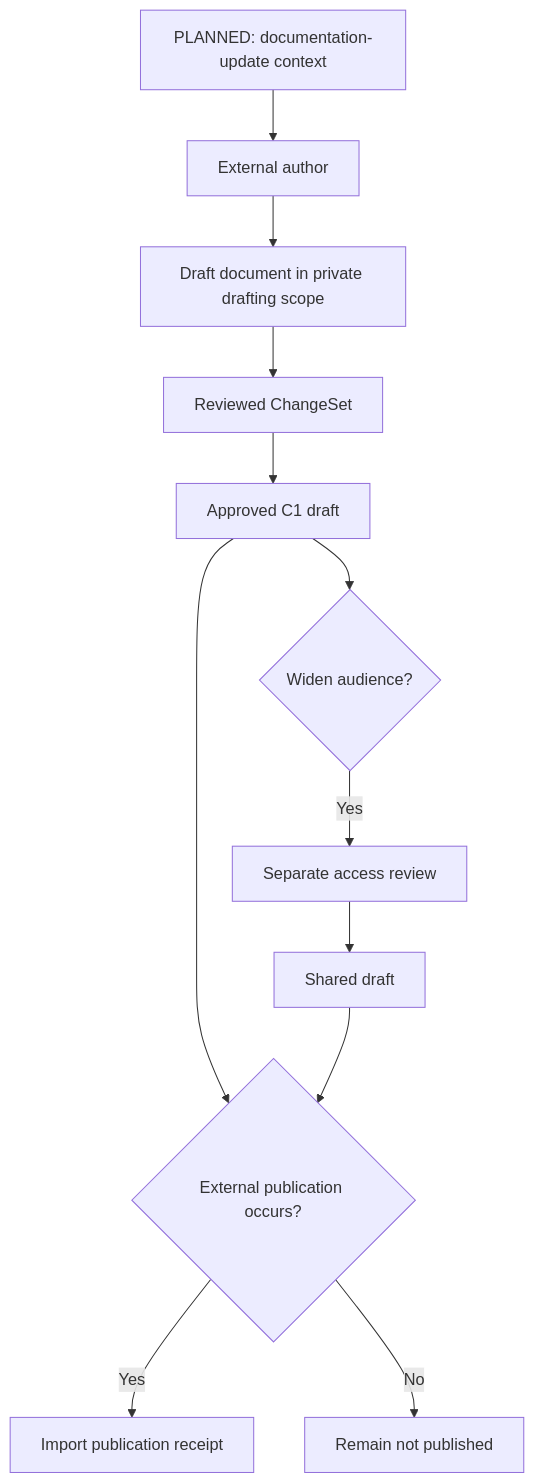
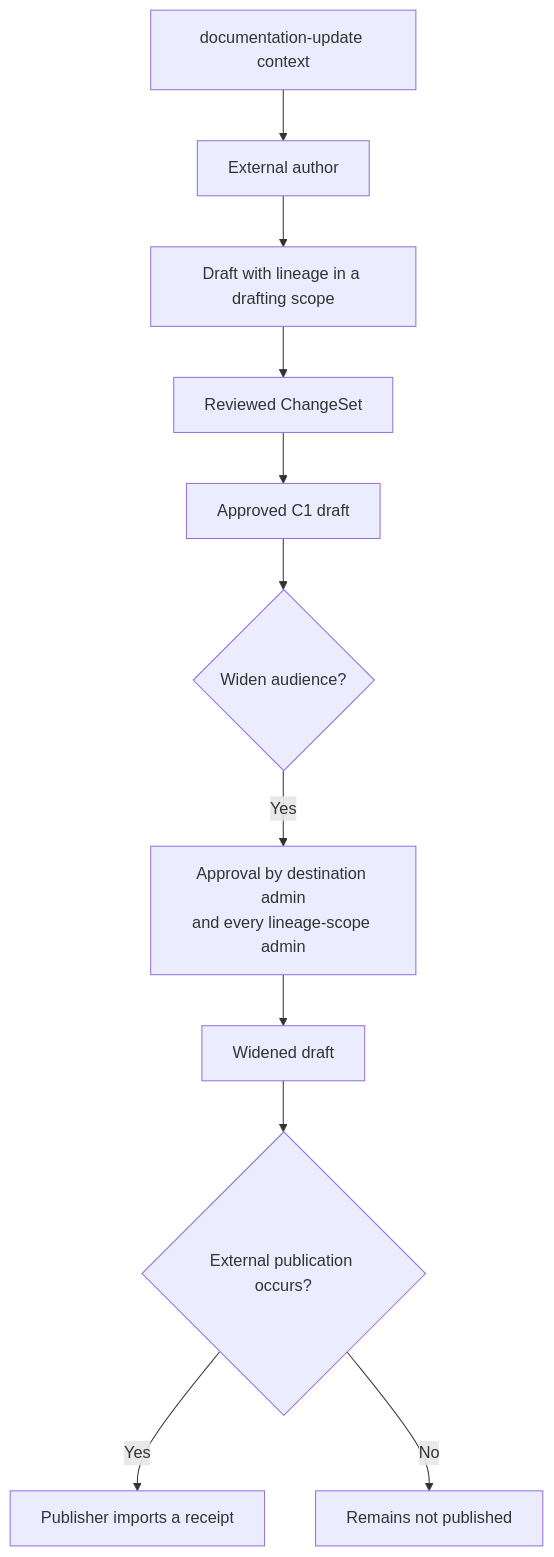
The seventh of 8 diagrams in README.md (Stell0/c1), drawn with Mermaid before and after one commit. The commit also changed other lines of this file and 1 other file, not shown here.

````diff
--- a/README.md
+++ b/README.md
@@ -777,18 +742,16 @@
 ```mermaid
 flowchart TD
-    CTX[PLANNED: documentation-update context] --> AUTHOR[External author]
-    AUTHOR --> DRAFT[Draft document in private drafting scope]
+    CTX[documentation-update context] --> AUTHOR[External author]
+    AUTHOR --> DRAFT[Draft with lineage in a drafting scope]
 
     DRAFT --> REVIEW[Reviewed ChangeSet]
     REVIEW --> APPROVED[Approved C1 draft]
 
     APPROVED --> RESCOPE{Widen audience?}
-    RESCOPE -->|Yes| ACCESS[Separate access review]
-    ACCESS --> SHARED[Shared draft]
+    RESCOPE -->|Yes| ACCESS[Approval by destination admin<br/>and every lineage-scope admin]
+    ACCESS --> SHARED[Widened draft]
 
-    APPROVED --> PUB{External publication occurs?}
-    SHARED --> PUB
-
-    PUB -->|Yes| RECEIPT[Import publication receipt]
-    PUB -->|No| NP[Remain not published]
+    SHARED --> PUB{External publication occurs?}
+    PUB -->|Yes| RECEIPT[Publisher imports a receipt]
+    PUB -->|No| NP[Remains not published]
 ```
````
